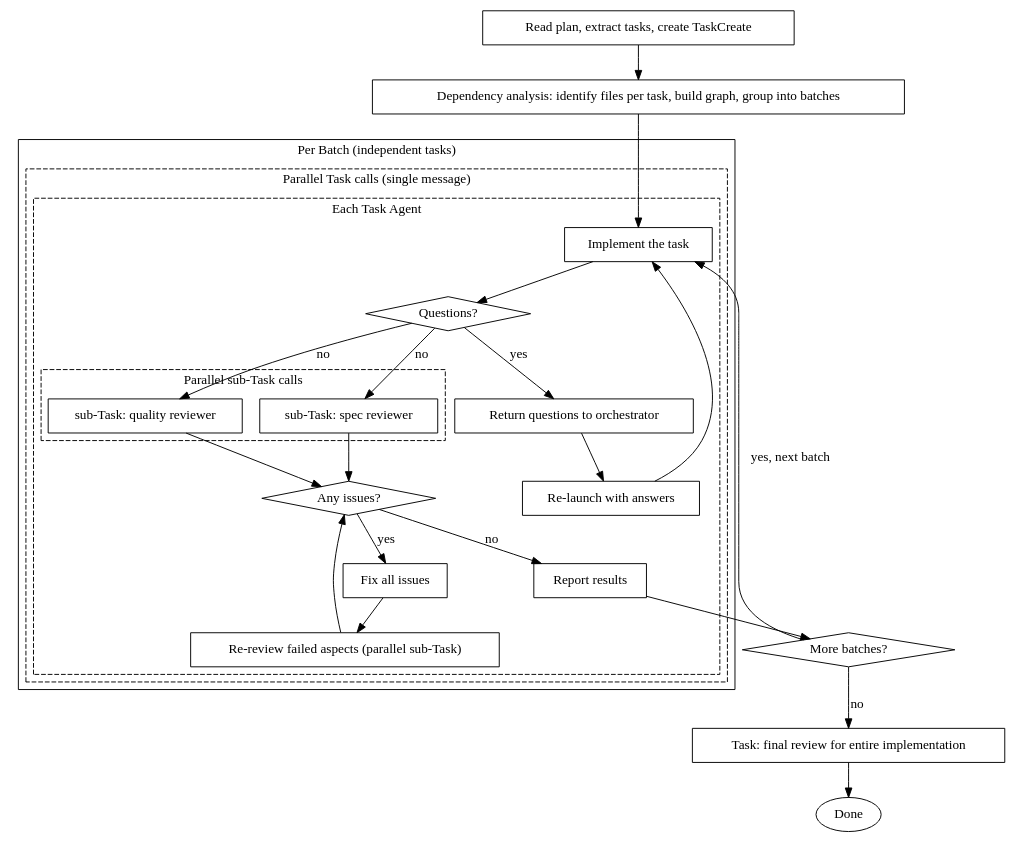
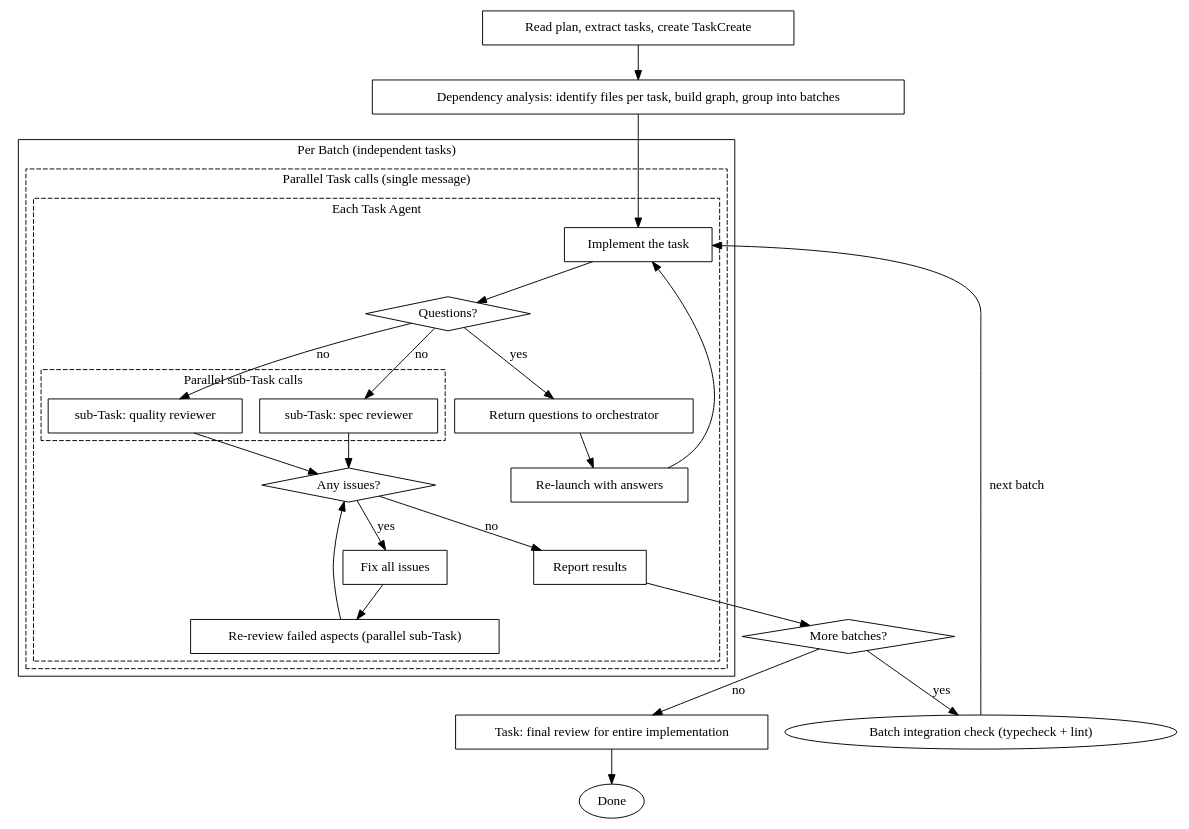
One commit to kslhunter/simplysm changed the second of 2 diagrams in .claude/skills/sd-plan-dev/SKILL.md. Above: the diagram before and after it, drawn with Graphviz. The commit also changed other lines of this file and 7 other files, not shown here.

````diff
--- a/.claude/skills/sd-plan-dev/SKILL.md
+++ b/.claude/skills/sd-plan-dev/SKILL.md
@@ -38,60 +38,61 @@
 ```dot
 digraph process {
     rankdir=TB;
 
     "Read plan, extract tasks, create TaskCreate" [shape=box];
     "Dependency analysis: identify files per task, build graph, group into batches" [shape=box];
 
     subgraph cluster_batch {
         label="Per Batch (independent tasks)";
 
         subgraph cluster_parallel_tasks {
             label="Parallel Task calls (single message)";
             style=dashed;
 
             subgraph cluster_task_agent {
                 label="Each Task Agent";
                 "Implement the task" [shape=box];
                 "Questions?" [shape=diamond];
                 "Return questions to orchestrator" [shape=box];
                 "Re-launch with answers" [shape=box];
 
                 subgraph cluster_nested_review {
                     label="Parallel sub-Task calls";
                     style=dashed;
                     "sub-Task: spec reviewer" [shape=box];
                     "sub-Task: quality reviewer" [shape=box];
                 }
 
                 "Any issues?" [shape=diamond];
                 "Fix all issues" [shape=box];
                 "Re-review failed aspects (parallel sub-Task)" [shape=box];
                 "Report results" [shape=box];
             }
         }
     }
 
     "More batches?" [shape=diamond];
     "Task: final review for entire implementation" [shape=box];
     "Done" [shape=ellipse];
 
     "Read plan, extract tasks, create TaskCreate" -> "Dependency analysis: identify files per task, build graph, group into batches";
     "Dependency analysis: identify files per task, build graph, group into batches" -> "Implement the task";
     "Implement the task" -> "Questions?";
     "Questions?" -> "Return questions to orchestrator" [label="yes"];
     "Return questions to orchestrator" -> "Re-launch with answers";
     "Re-launch with answers" -> "Implement the task";
     "Questions?" -> "sub-Task: spec reviewer" [label="no"];
     "Questions?" -> "sub-Task: quality reviewer" [label="no"];
     "sub-Task: spec reviewer" -> "Any issues?";
     "sub-Task: quality reviewer" -> "Any issues?";
     "Any issues?" -> "Fix all issues" [label="yes"];
     "Fix all issues" -> "Re-review failed aspects (parallel sub-Task)";
     "Re-review failed aspects (parallel sub-Task)" -> "Any issues?";
     "Any issues?" -> "Report results" [label="no"];
     "Report results" -> "More batches?";
-    "More batches?" -> "Implement the task" [label="yes, next batch"];
+    "More batches?" -> "Batch integration check (typecheck + lint)" [label="yes"];
+    "Batch integration check (typecheck + lint)" -> "Implement the task" [label="next batch"];
     "More batches?" -> "Task: final review for entire implementation" [label="no"];
     "Task: final review for entire implementation" -> "Done";
 }
 ```
````
